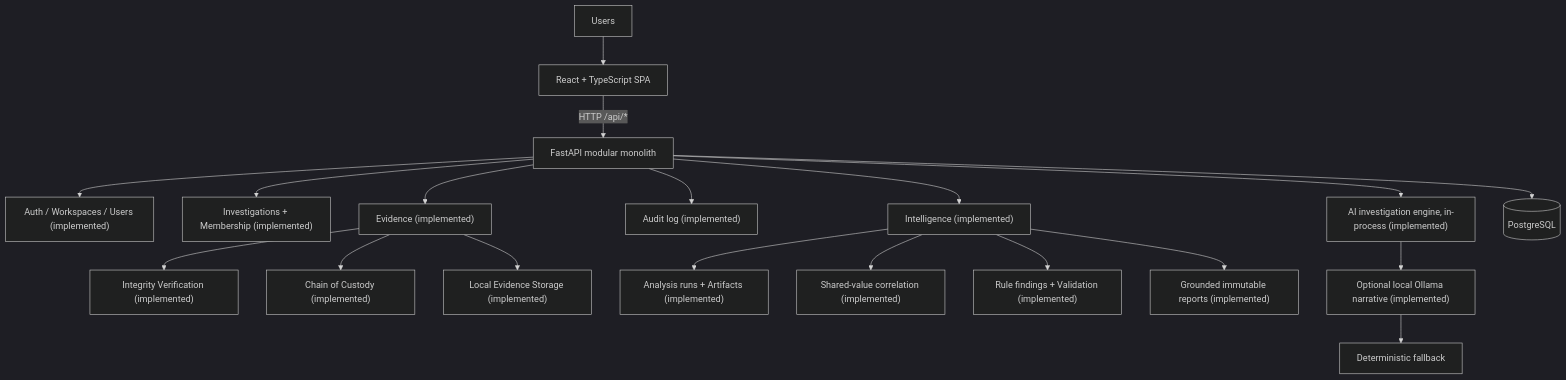
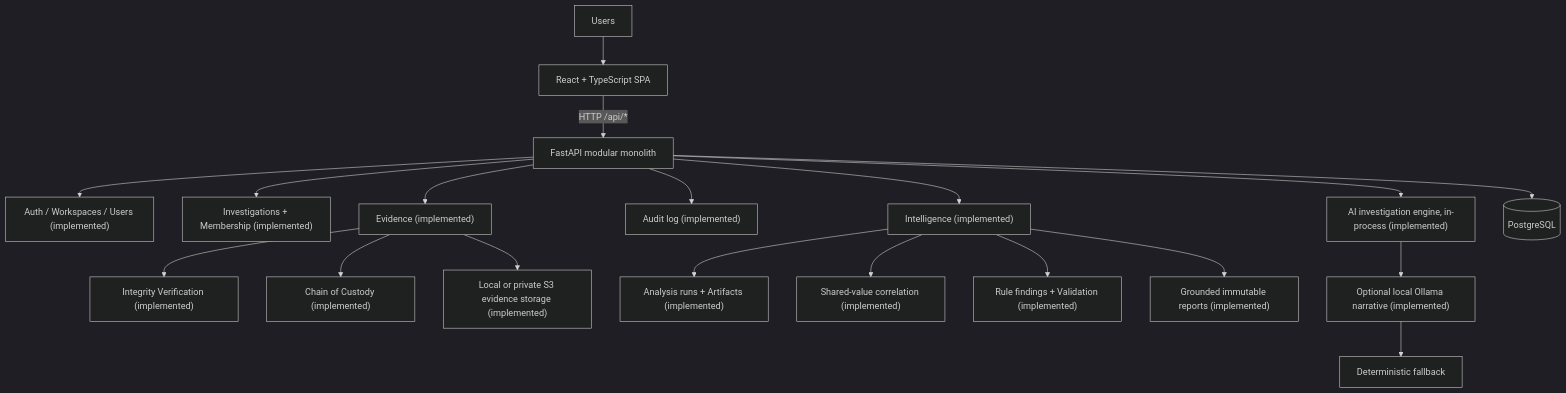
Before and after one commit to shikhar-sahay/provena: the second of 3 diagrams in docs/architecture.md, drawn with Mermaid (dark theme). The commit also changed other lines of this file and 7 other files, not shown here.

````diff
--- a/docs/architecture.md
+++ b/docs/architecture.md
@@ -53,21 +60,21 @@
 ```mermaid
 flowchart TB
     Users --> SPA["React + TypeScript SPA"]
     SPA -->|"HTTP /api/*"| API["FastAPI modular monolith"]
     API --> Auth["Auth / Workspaces / Users (implemented)"]
     API --> Inv["Investigations + Membership (implemented)"]
     API --> Ev["Evidence (implemented)"]
     Ev --> Integ["Integrity Verification (implemented)"]
     Ev --> Cust["Chain of Custody (implemented)"]
-    Ev --> Store["Local Evidence Storage (implemented)"]
+    Ev --> Store["Local or private S3 evidence storage (implemented)"]
     API --> Audit["Audit log (implemented)"]
     API --> Intel["Intelligence (implemented)"]
     Intel --> Runs["Analysis runs + Artifacts (implemented)"]
     Intel --> Corr["Shared-value correlation (implemented)"]
     Intel --> Find["Rule findings + Validation (implemented)"]
     Intel --> Rep["Grounded immutable reports (implemented)"]
     API --> AI["AI investigation engine, in-process (implemented)"]
     AI --> LLM["Optional local Ollama narrative (implemented)"]
     LLM --> Fall["Deterministic fallback"]
     API --> PG[("PostgreSQL")]
 ```
````
